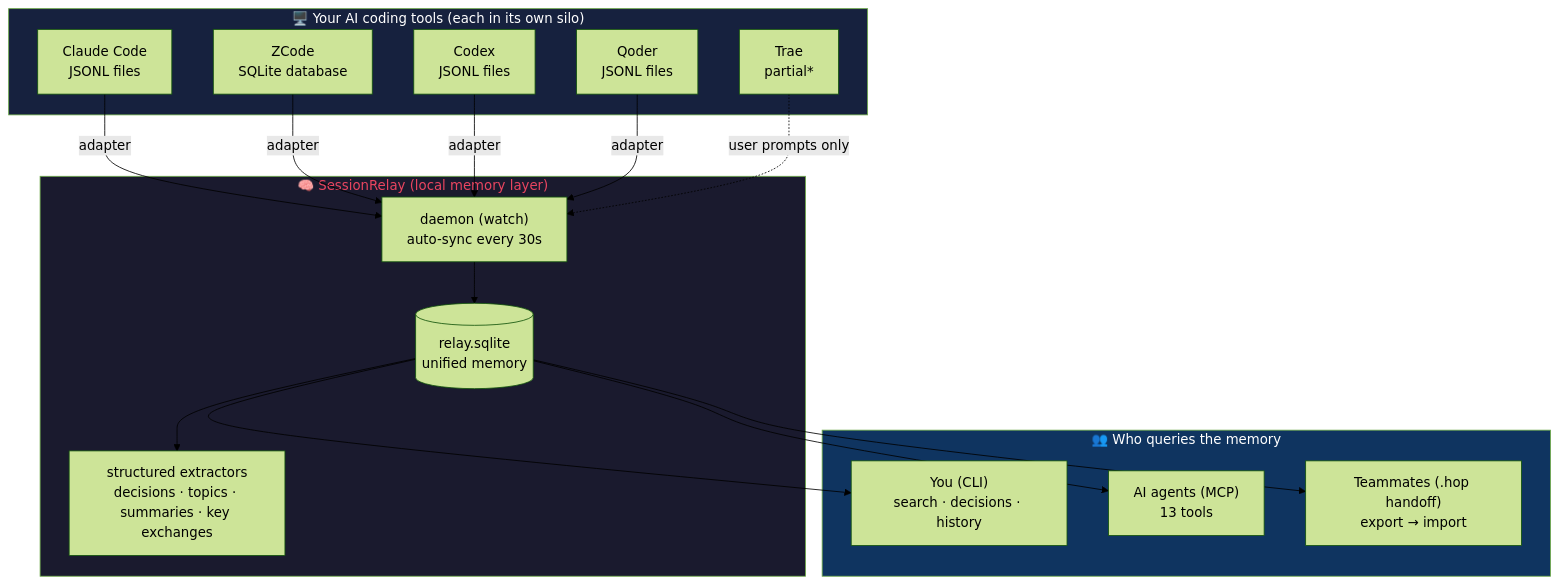
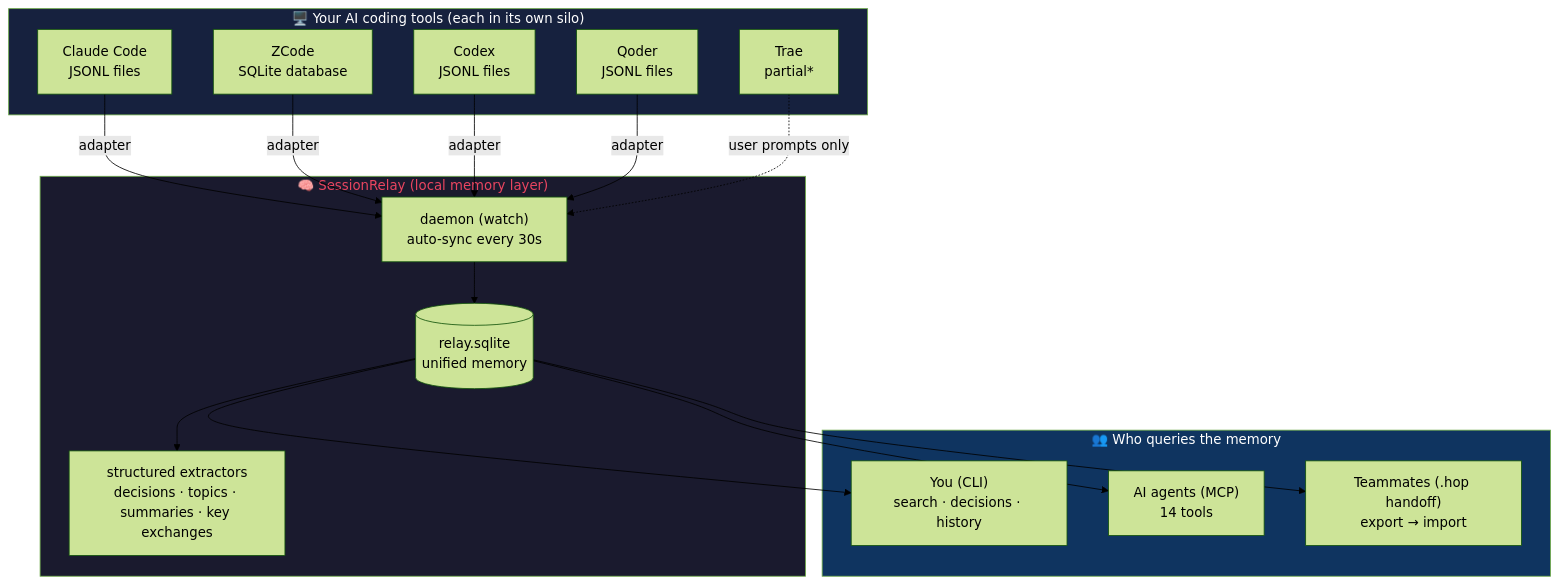
Before and after one commit to EwanJasper/SessionRelay: the first of 3 diagrams in README.en.md, drawn with Mermaid (forest theme). The commit also changed other lines of this file and 21 other files, not shown here.

````diff
--- a/README.en.md
+++ b/README.en.md
@@ -153,37 +153,37 @@
 ```mermaid
 graph TB
     subgraph Sources["🖥️ Your AI coding tools (each in its own silo)"]
         CC["Claude Code<br/>JSONL files"]
         ZC["ZCode<br/>SQLite database"]
         CX["Codex<br/>JSONL files"]
         QD["Qoder<br/>JSONL files"]
         TR["Trae<br/>partial*"]
     end
 
     subgraph Relay["🧠 SessionRelay (local memory layer)"]
         DAEMON["daemon (watch)<br/>auto-sync every 30s"]
         DB[("relay.sqlite<br/>unified memory")]
         EXTRACT["structured extractors<br/>decisions · topics · summaries · key exchanges"]
     end
 
     subgraph Consumers["👥 Who queries the memory"]
         YOU["You (CLI)<br/>search · decisions · history"]
-        AGENT["AI agents (MCP)<br/>13 tools"]
+        AGENT["AI agents (MCP)<br/>14 tools"]
         TEAM["Teammates (.hop handoff)<br/>export → import"]
     end
 
     CC -->|adapter| DAEMON
     ZC -->|adapter| DAEMON
     CX -->|adapter| DAEMON
     QD -->|adapter| DAEMON
     TR -.->|user prompts only| DAEMON
     DAEMON --> DB
     DB --> EXTRACT
     DB --> YOU
     DB --> AGENT
     DB --> TEAM
 
     style Relay fill:#1a1a2e,color:#e94560
     style Sources fill:#16213e,color:#fff
     style Consumers fill:#0f3460,color:#fff
 ```
````
